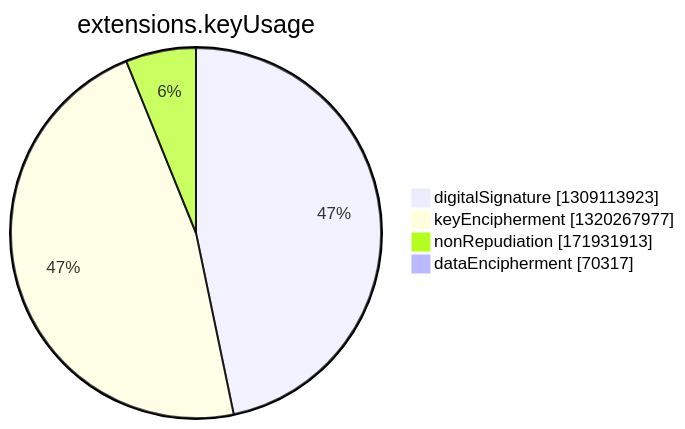
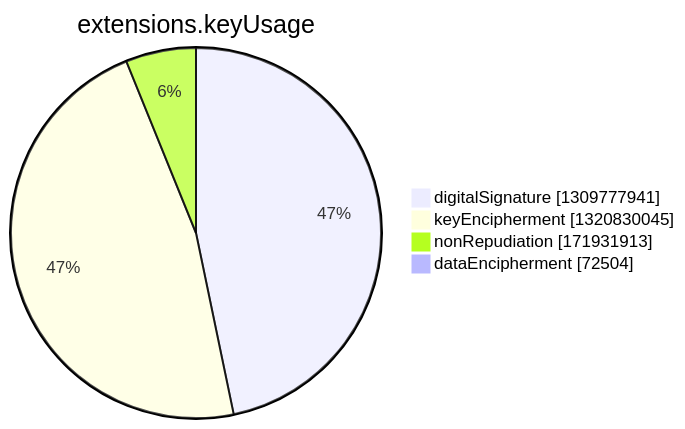
One commit to christiankrug/ctmonitor_visualization changed the seventh of 15 diagrams in argon2022/README.md. Above: the diagram before and after it, drawn with Mermaid. The commit also changed other lines of this file, not shown here.

````diff
--- a/argon2022/README.md
+++ b/argon2022/README.md
@@ -2750,8 +2750,8 @@
 ```mermaid
 pie showData
 title extensions.keyUsage
-"digitalSignature" :1309113923
-"keyEncipherment" :1320267977
+"digitalSignature" :1309777941
+"keyEncipherment" :1320830045
 "nonRepudiation" :171931913
-"dataEncipherment" :70317
+"dataEncipherment" :72504
 ```
````
